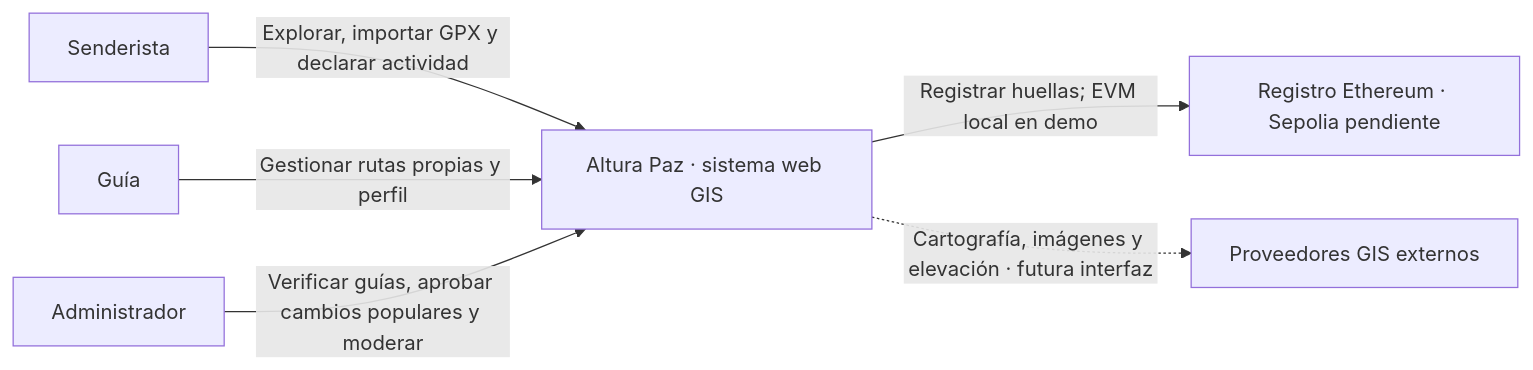
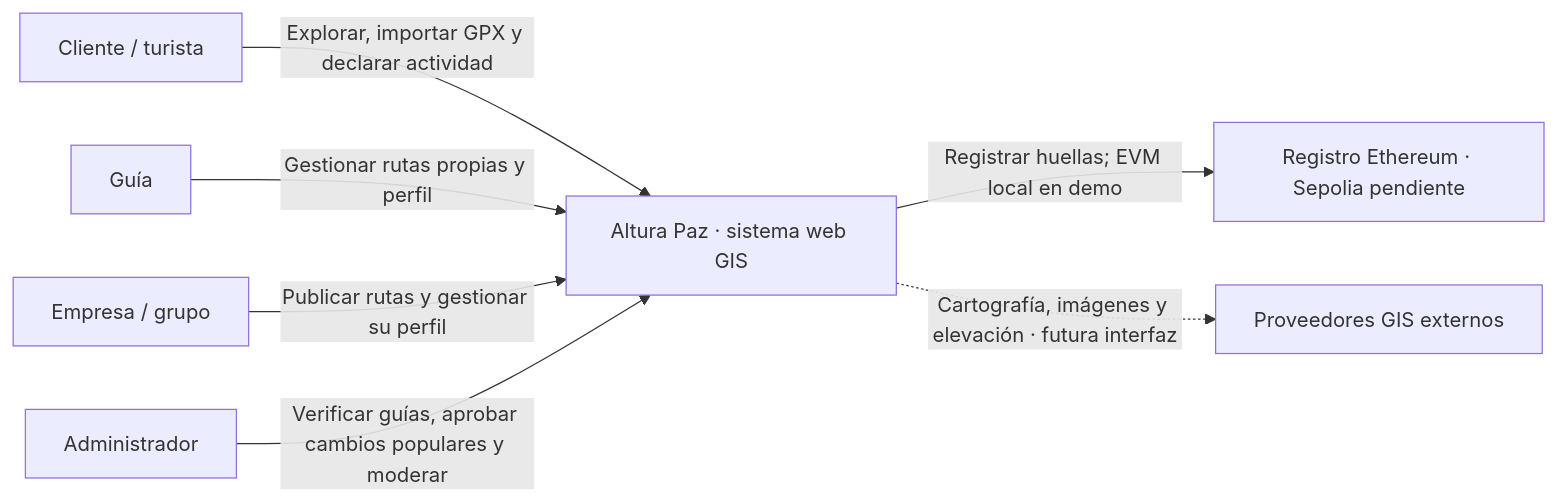
One commit to migusaper1530/altura-paz-backend changed the first of 5 diagrams in docs/arquitectura.md. Above: the diagram before and after it, drawn with Mermaid. The commit also changed other lines of this file and 17 other files, not shown here.

````diff
--- a/docs/arquitectura.md
+++ b/docs/arquitectura.md
@@ -7,8 +7,9 @@
 ```mermaid
 flowchart LR
-  H["Senderista"] -->|Explorar, importar GPX y declarar actividad| S["Altura Paz · sistema web GIS"]
+  H["Cliente / turista"] -->|Explorar, importar GPX y declarar actividad| S["Altura Paz · sistema web GIS"]
   G["Guía"] -->|Gestionar rutas propias y perfil| S
+  O["Empresa / grupo"] -->|Publicar rutas y gestionar su perfil| S
   A["Administrador"] -->|Verificar guías, aprobar cambios populares y moderar| S
   S -->|Registrar huellas; EVM local en demo| E["Registro Ethereum · Sepolia pendiente"]
   S -.->|Cartografía, imágenes y elevación · futura interfaz| GIS["Proveedores GIS externos"]
 ```
````
